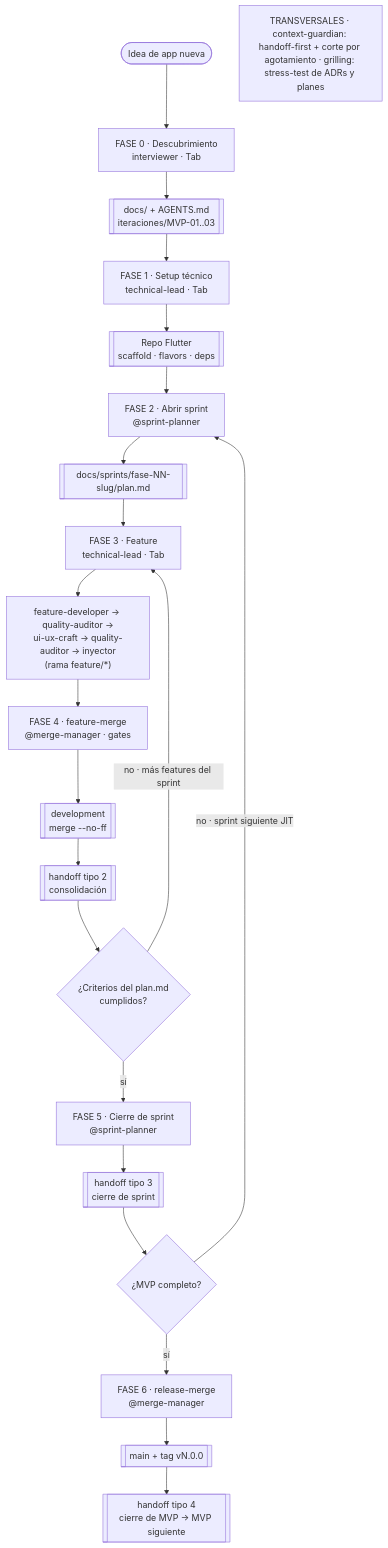
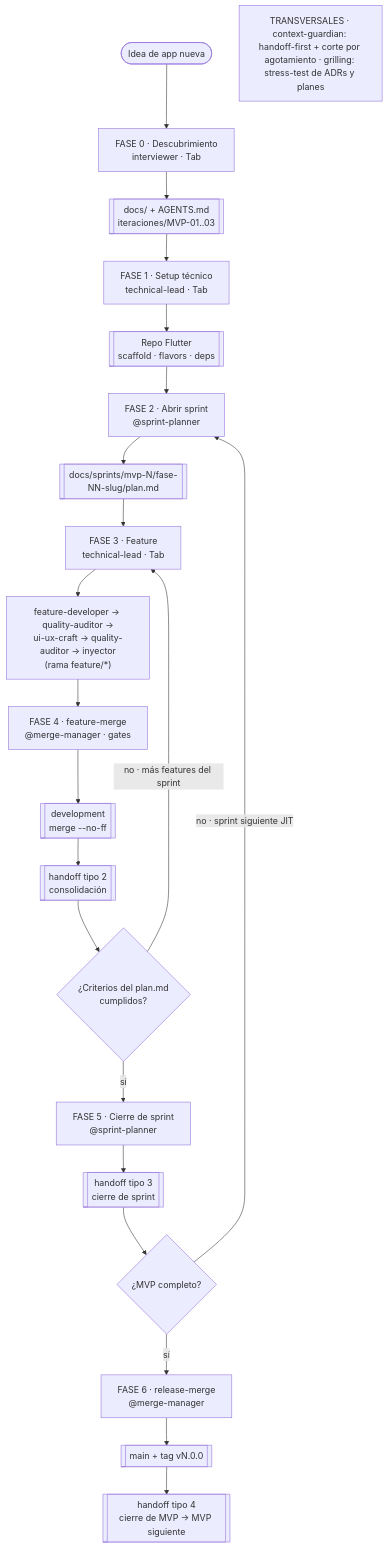
Before and after one commit to Gugodin/AI-agents: the diagram in v2.2/WORKFLOW.md, drawn with Mermaid. The commit also changed other lines of this file and 3 other files, not shown here.

````diff
--- a/v2.2/WORKFLOW.md
+++ b/v2.2/WORKFLOW.md
@@ -18,26 +18,26 @@
 ```mermaid
 flowchart TD
     IDEA([Idea de app nueva]) --> F0
     F0["FASE 0 · Descubrimiento<br/>interviewer · Tab"]
     F0 --> DOCS[["docs/ + AGENTS.md<br/>iteraciones/MVP-01..03"]]
     DOCS --> F1["FASE 1 · Setup técnico<br/>technical-lead · Tab"]
     F1 --> REPO[["Repo Flutter<br/>scaffold · flavors · deps"]]
     REPO --> F2["FASE 2 · Abrir sprint<br/>@sprint-planner"]
-    F2 --> PLAN[["docs/sprints/fase-NN-slug/plan.md"]]
+    F2 --> PLAN[["docs/sprints/mvp-N/fase-NN-slug/plan.md"]]
     PLAN --> F3["FASE 3 · Feature<br/>technical-lead · Tab"]
     F3 --> PIPE["feature-developer → quality-auditor →<br/>ui-ux-craft → quality-auditor → inyector<br/>(rama feature/*)"]
     PIPE --> F4["FASE 4 · feature-merge<br/>@merge-manager · gates"]
     F4 --> DEV[["development<br/>merge --no-ff"]]
     DEV --> HAND2[["handoff tipo 2<br/>consolidación"]]
     HAND2 --> DONE{¿Criterios del plan.md<br/>cumplidos?}
     DONE -->|"no · más features del sprint"| F3
     DONE -->|"sí"| F5["FASE 5 · Cierre de sprint<br/>@sprint-planner"]
     F5 --> HAND3[["handoff tipo 3<br/>cierre de sprint"]]
     HAND3 --> MVPQ{¿MVP completo?}
     MVPQ -->|"no · sprint siguiente JIT"| F2
     MVPQ -->|"sí"| F6["FASE 6 · release-merge<br/>@merge-manager"]
     F6 --> MAIN[["main + tag vN.0.0"]]
     MAIN --> HAND4[["handoff tipo 4<br/>cierre de MVP → MVP siguiente"]]
 
     TRANS["TRANSVERSALES · context-guardian: handoff-first + corte por agotamiento · grilling: stress-test de ADRs y planes"]
 ```
````
